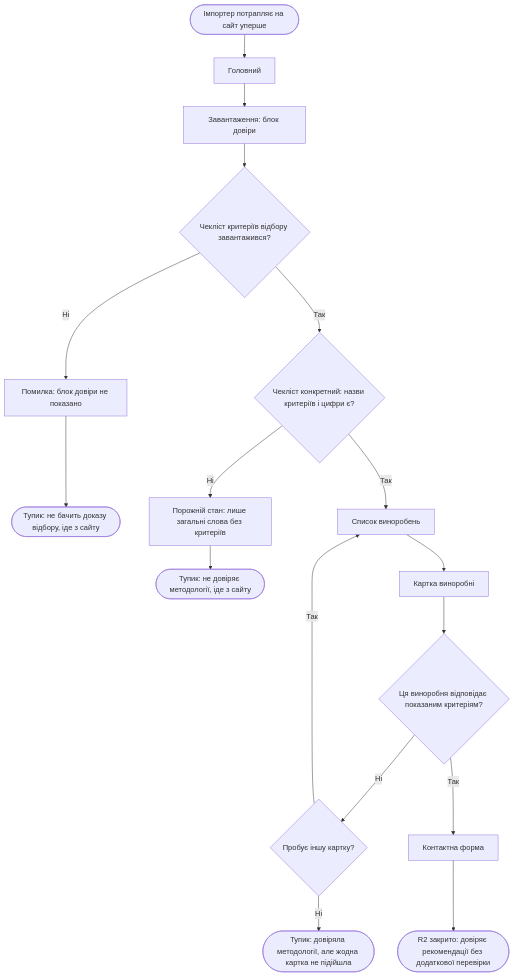
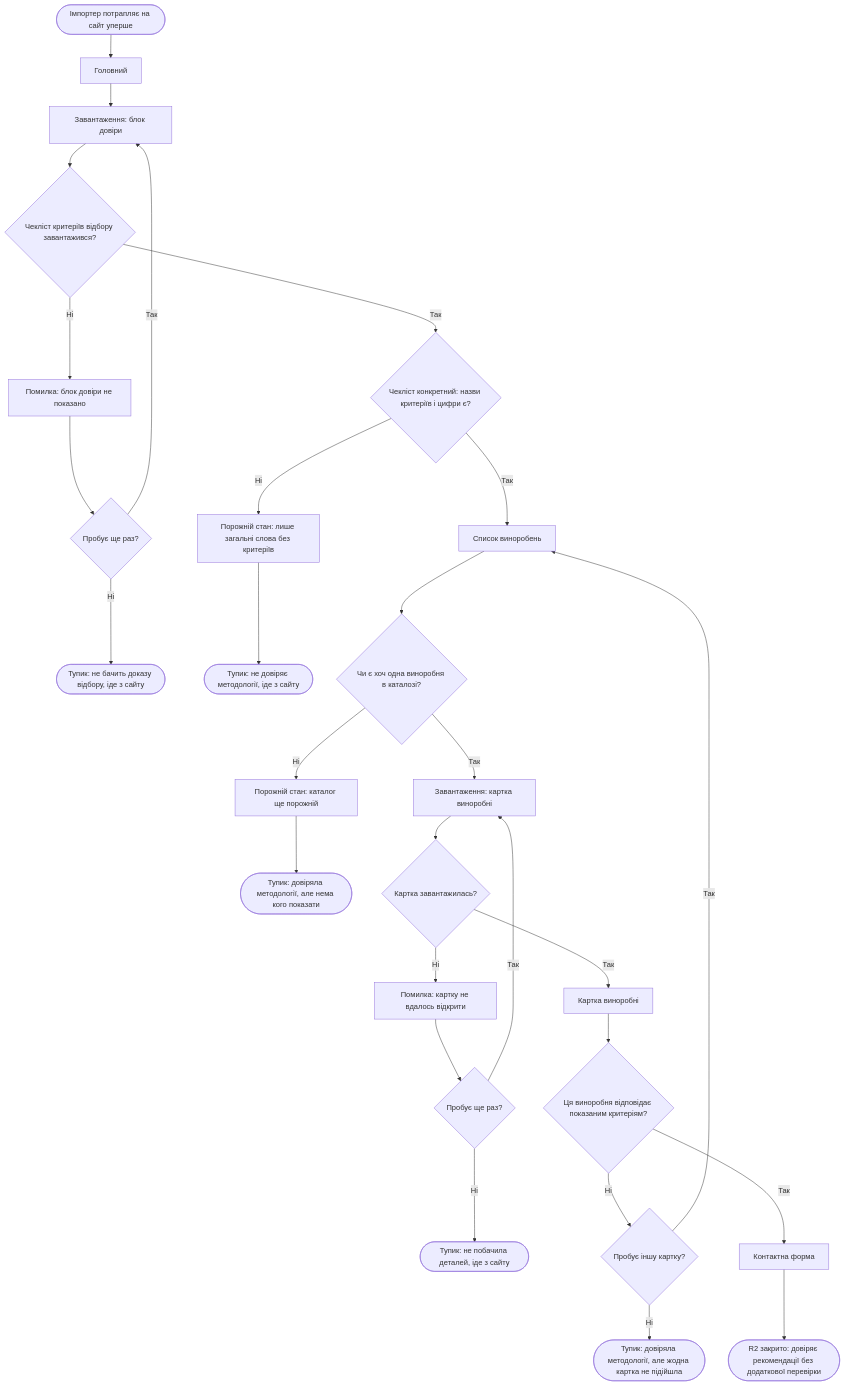
The third of 3 diagrams in flows.md (ibelk/vhselection), drawn with Mermaid before and after one commit. The commit also changed other lines of this file and 1 other file, not shown here.

First line of the commit message:
Fix defects found in strict critique of sitemap.md/flows.md

````diff
--- a/flows.md
+++ b/flows.md
@@ -142,19 +161,30 @@
 ```mermaid
 flowchart TD
   Start(["Імпортер потрапляє на сайт уперше"]) --> A["Головний"]
   A --> A1["Завантаження: блок довіри"]
   A1 --> B{"Чекліст критеріїв відбору завантажився?"}
   B -->|Ні| C["Помилка: блок довіри не показано"]
-  C --> D(["Тупик: не бачить доказу відбору, іде з сайту"])
+  C --> C1{"Пробує ще раз?"}
+  C1 -->|Так| A1
+  C1 -->|Ні| D(["Тупик: не бачить доказу відбору, іде з сайту"])
   B -->|Так| E{"Чекліст конкретний: назви критеріїв і цифри є?"}
   E -->|Ні| F["Порожній стан: лише загальні слова без критеріїв"]
   F --> G(["Тупик: не довіряє методології, іде з сайту"])
   E -->|Так| H["Список виноробень"]
-  H --> I["Картка виноробні"]
+  H --> H1{"Чи є хоч одна виноробня в каталозі?"}
+  H1 -->|Ні| H2["Порожній стан: каталог ще порожній"]
+  H2 --> H3(["Тупик: довіряла методології, але нема кого показати"])
+  H1 -->|Так| I0["Завантаження: картка виноробні"]
+  I0 --> I1{"Картка завантажилась?"}
+  I1 -->|Ні| I2["Помилка: картку не вдалось відкрити"]
+  I2 --> I3{"Пробує ще раз?"}
+  I3 -->|Так| I0
+  I3 -->|Ні| I4(["Тупик: не побачила деталей, іде з сайту"])
+  I1 -->|Так| I["Картка виноробні"]
   I --> J{"Ця виноробня відповідає показаним критеріям?"}
   J -->|Ні| K{"Пробує іншу картку?"}
   K -->|Так| H
   K -->|Ні| L(["Тупик: довіряла методології, але жодна картка не підійшла"])
   J -->|Так| M["Контактна форма"]
   M --> N(["R2 закрито: довіряє рекомендації без додаткової перевірки"])
 ```
````
